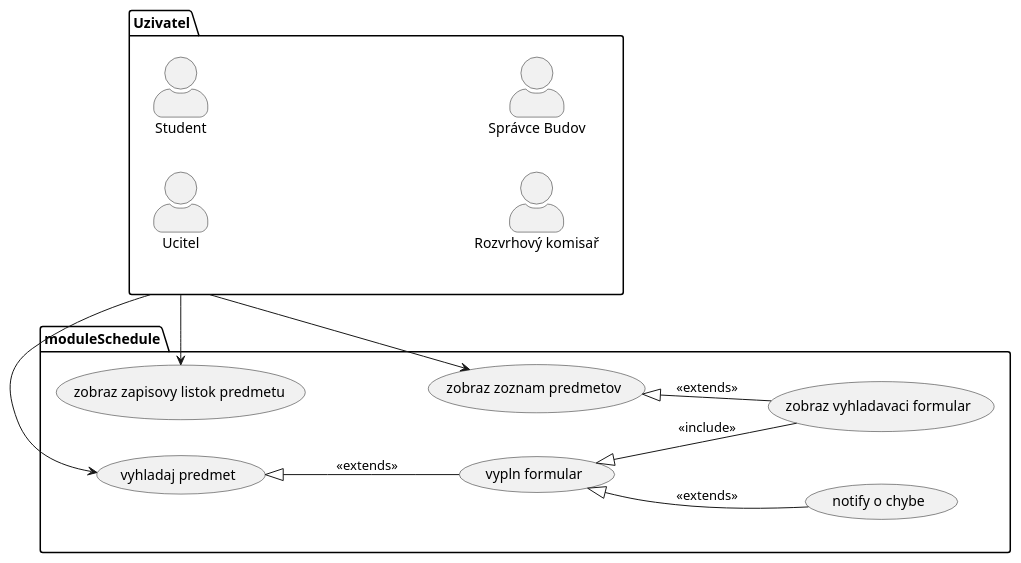
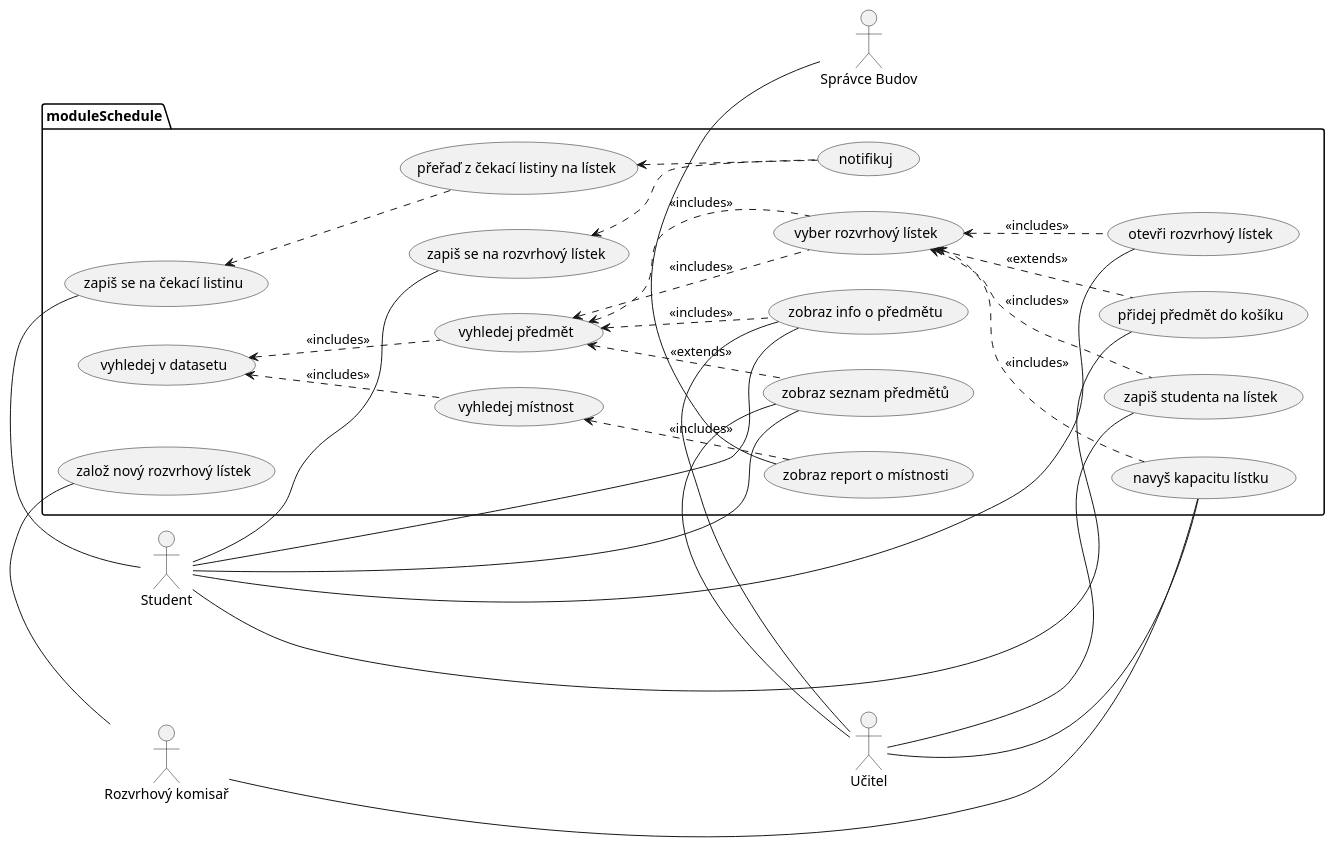
Before and after one commit to NSWI041-teamJJJKN/SIS-SCHEDULE: the first of 2 diagrams in Schedule.md, drawn with PlantUML. The commit also changed other lines of this file, not shown here.

Commit message:
Kryštof usecasy, sjednocení usecase diagramu

````diff
--- a/Schedule.md
+++ b/Schedule.md
@@ -277,31 +98,64 @@
 ```plantuml
 @startuml
-skinparam actorStyle awesome
 left to right direction
 
-package Uzivatel{
-actor Ucitel as ucit  
+actor "Učitel" as ucit  
 actor Student as stud  
 actor "Rozvrhový komisař" as kom
 actor "Správce Budov" as spr
+
+package moduleSchedule {
+usecase uc1 as "zapiš se na rozvrhový lístek"
+usecase uc2 as "otevři rozvrhový lístek"
+usecase uc3 as "zapiš se na čekací listinu"
+usecase uc4 as "přeřaď z čekací listiny na lístek"
+usecase uc5 as "notifikuj"
+usecase uc6 as "vyhledej v datasetu"
+usecase uc7 as "vyber rozvrhový lístek"
+usecase uc8 as "zapiš studenta na lístek"
+usecase uc9 as "vyhledej předmět"
+usecase uc10 as "vyhledej místnost"
+usecase uc11 as "zobraz report o místnosti"
+usecase uc12 as "zobraz info o předmětu"
+usecase uc13 as "přidej předmět do košíku"
+usecase uc14 as "navyš kapacitu lístku"
+usecase uc15 as "zobraz seznam předmětů"
+usecase uc16 as "založ nový rozvrhový lístek"
 }
 
+stud-uc1
+stud-uc2
+stud-uc3
+stud-uc12
+stud-uc13
+stud-uc15
 
-package moduleSchedule {
-usecase uc1 as "vyhladaj predmet"
-usecase uc2 as "vypln formular"
-usecase uc3 as "zobraz vyhladavaci formular"
-usecase uc4 as "zobraz zoznam predmetov"
-usecase uc5 as "zobraz zapisovy listok predmetu"
-usecase uc6 as "notify o chybe"
-}
+ucit-uc8
+ucit-uc12
+ucit-uc14
+ucit-uc15
 
-Uzivatel->uc1
-Uzivatel->uc4
-Uzivatel->uc5
-uc1<|--uc2 : <<extends>>
-uc2<|--uc3 : <<include>>
-uc4<|--uc3 : <<extends>>
-uc2<|--uc6 : <<extends>>
+kom-uc14
+kom-uc16
+
+spr-uc11
+
+uc3<-[dashed]-uc4 
+uc4<-[dashed]-uc5
+uc1<-[dashed]-uc5
+uc9<-[dashed]-uc7 : <<includes>>
+uc6<-[dashed]-uc10 : <<includes>>
+uc10<-[dashed]-uc11 : <<includes>>
+uc6<-[dashed]-uc9 : <<includes>>
+uc7<-[dashed]-uc8 : <<includes>>
+uc7<-[dashed]-uc2 : <<includes>>
+uc7<-[dashed]-uc13 : <<extends>>
+uc9<-[dashed]-uc7 : <<includes>>
+uc9<-[dashed]-uc12 : <<includes>>
+
+
+uc9<-[dashed]-uc15 : <<extends>>
+uc7<-[dashed]-uc14 : <<includes>>
+
 @enduml
 ```
````
